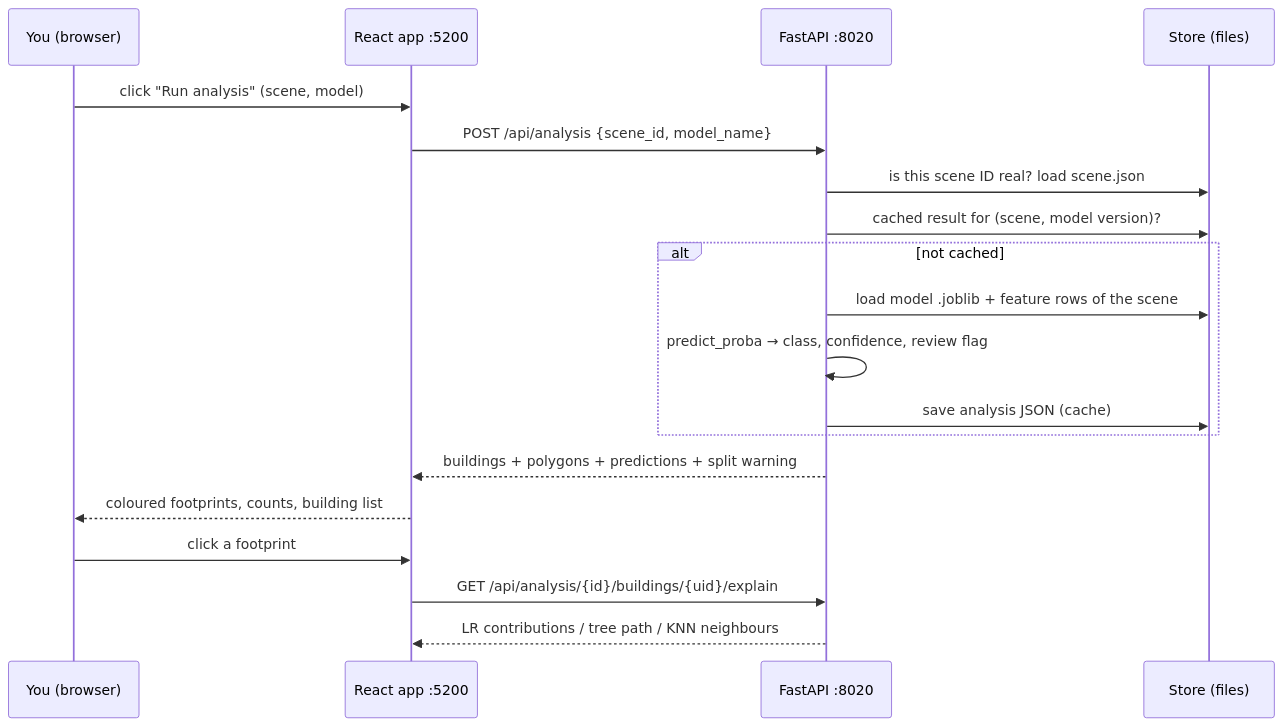
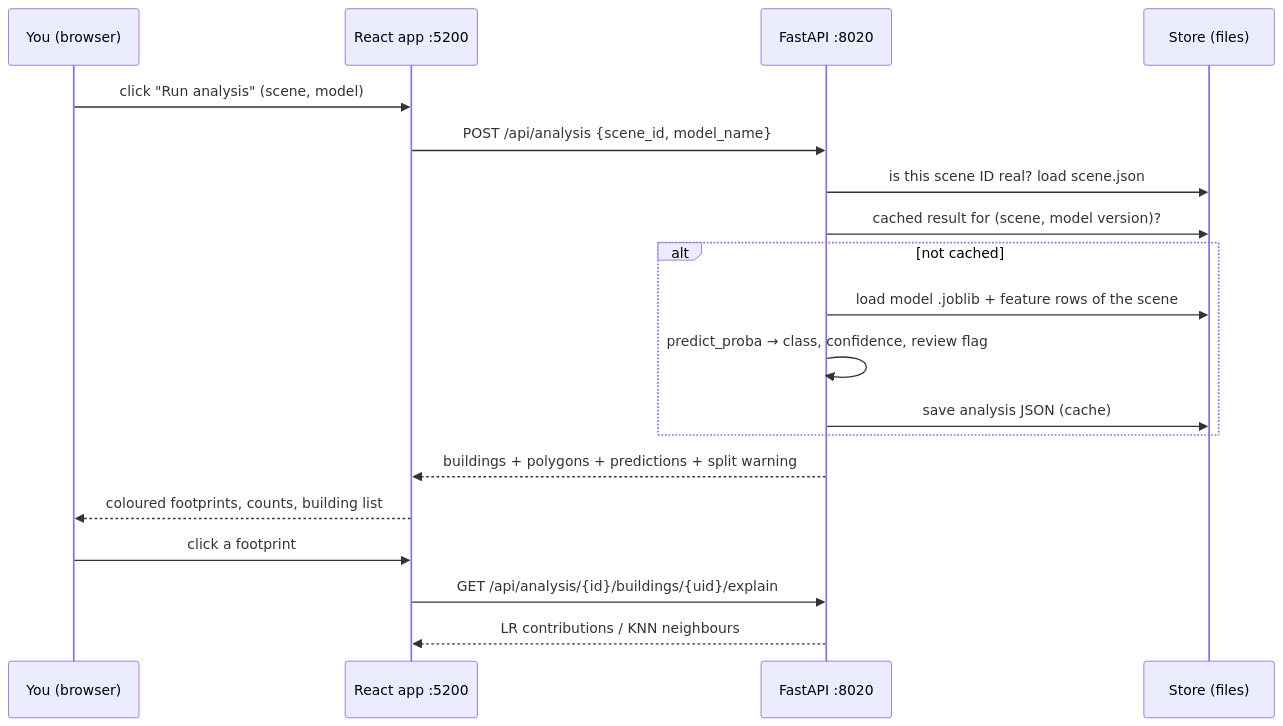
The fourth of 4 diagrams in docs/UNDERSTANDING_AFTERSIGHT.md (divishapanjwani/AfterSight-Simplified), drawn with Mermaid before and after one commit. The commit also changed other lines of this file and 9 other files, not shown here.

````diff
--- a/docs/UNDERSTANDING_AFTERSIGHT.md
+++ b/docs/UNDERSTANDING_AFTERSIGHT.md
@@ -744,21 +752,21 @@
 ```mermaid
 sequenceDiagram
     participant U as You (browser)
     participant W as React app :5200
     participant A as FastAPI :8020
     participant S as Store (files)
     U->>W: click "Run analysis" (scene, model)
     W->>A: POST /api/analysis {scene_id, model_name}
     A->>S: is this scene ID real? load scene.json
     A->>S: cached result for (scene, model version)?
     alt not cached
         A->>S: load model .joblib + feature rows of the scene
         A->>A: predict_proba → class, confidence, review flag
         A->>S: save analysis JSON (cache)
     end
     A-->>W: buildings + polygons + predictions + split warning
     W-->>U: coloured footprints, counts, building list
     U->>W: click a footprint
     W->>A: GET /api/analysis/{id}/buildings/{uid}/explain
-    A-->>W: LR contributions / tree path / KNN neighbours
+    A-->>W: LR contributions / KNN neighbours
 ```
````
